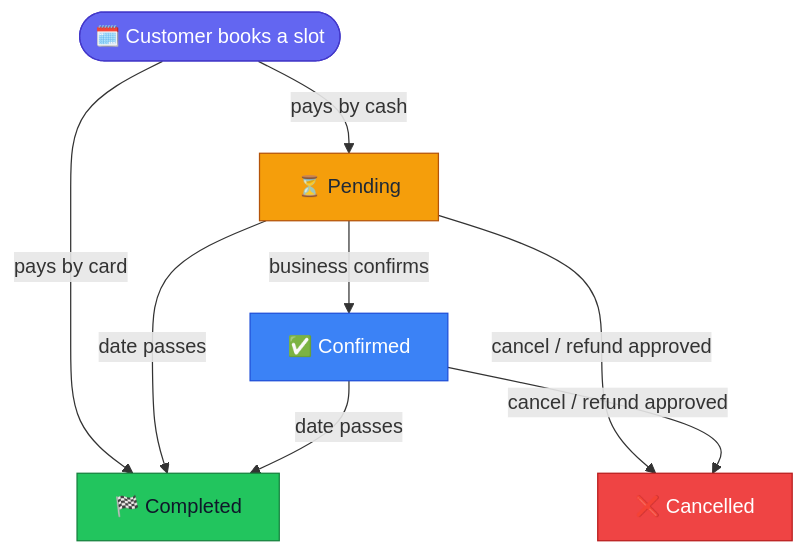
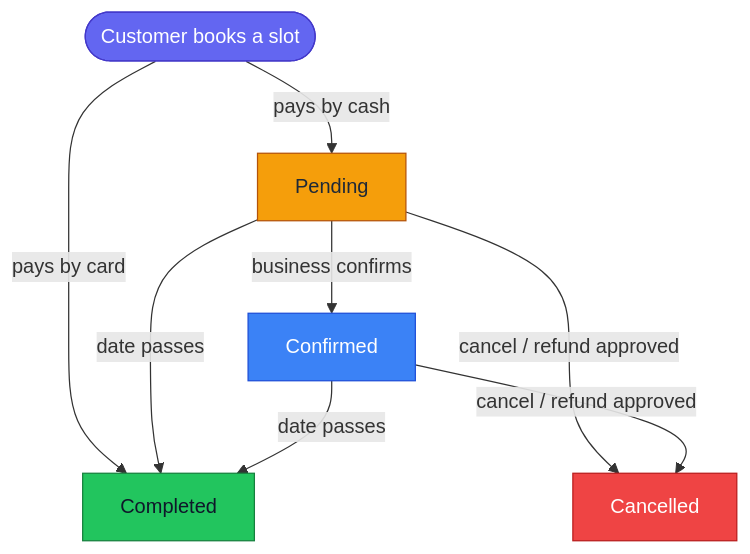
One commit to wxvz/ServiceBookingApp changed the second of 3 diagrams in README.md. Above: the diagram before and after it, drawn with Mermaid.

Commit message:
Update booking lifecycle text in README.md

````diff
--- a/README.md
+++ b/README.md
@@ -232,27 +232,27 @@
 ```mermaid
 flowchart TD
-    Book(["🗓️ Customer books a slot"])
-    Pending["⏳ Pending"]
-    Confirmed["✅ Confirmed"]
-    Completed["🏁 Completed"]
-    Cancelled["❌ Cancelled"]
+    Book(["Customer books a slot"])
+    Pending["Pending"]
+    Confirmed["Confirmed"]
+    Completed["Completed"]
+    Cancelled["Cancelled"]
 
     Book -->|"pays by cash"| Pending
     Book -->|"pays by card"| Completed
     Pending -->|"business confirms"| Confirmed
     Pending -->|"date passes"| Completed
     Confirmed -->|"date passes"| Completed
     Pending -->|"cancel / refund approved"| Cancelled
     Confirmed -->|"cancel / refund approved"| Cancelled
 
     classDef start fill:#6366f1,stroke:#4338ca,color:#ffffff
     classDef pending fill:#f59e0b,stroke:#b45309,color:#1f2937
     classDef confirmed fill:#3b82f6,stroke:#1d4ed8,color:#ffffff
     classDef completed fill:#22c55e,stroke:#15803d,color:#0f172a
     classDef cancelled fill:#ef4444,stroke:#b91c1c,color:#ffffff
     class Book start
     class Pending pending
     class Confirmed confirmed
     class Completed completed
     class Cancelled cancelled
 ```
````
